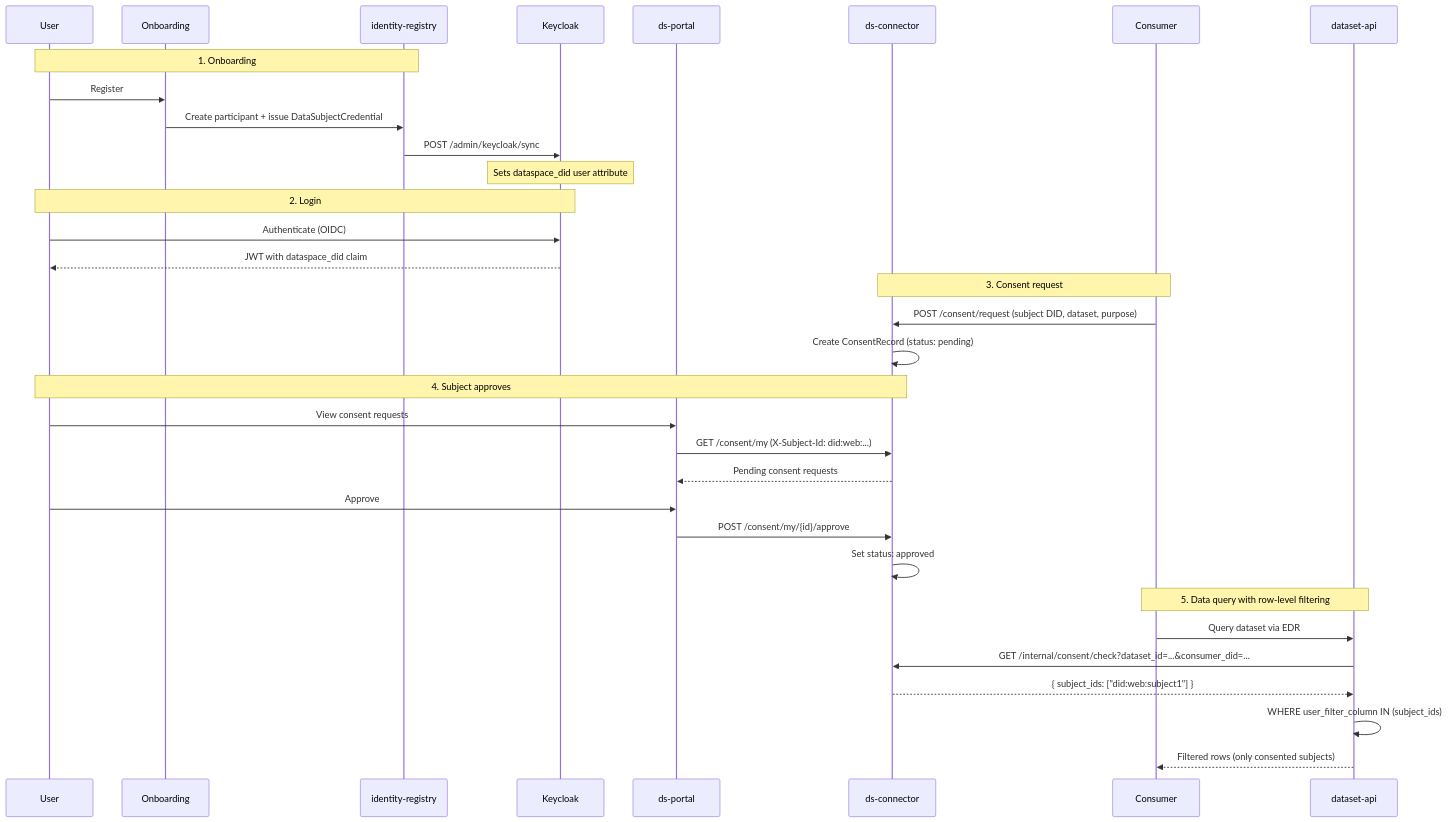
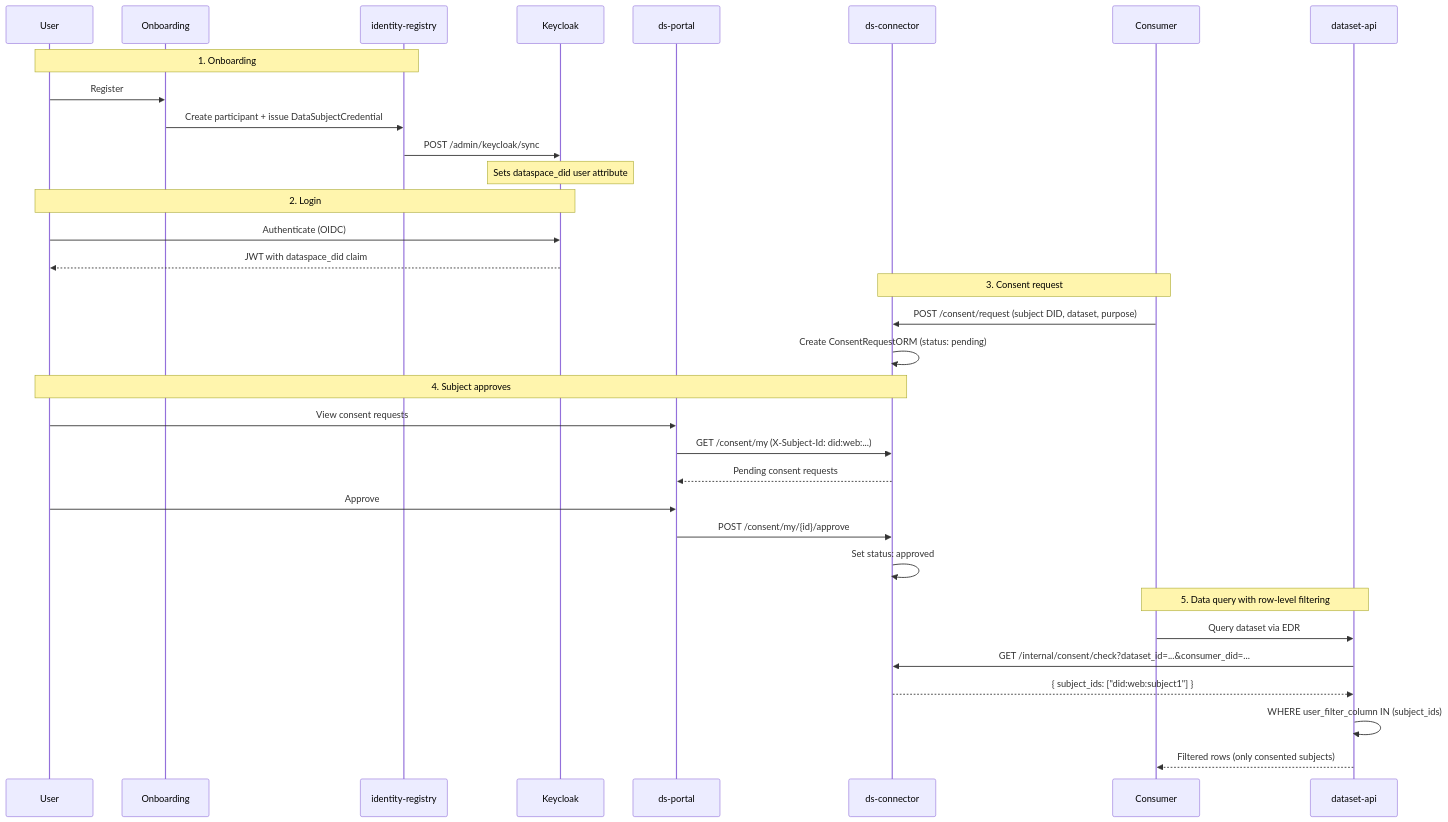
One commit to spindoxlabs/ds changed the diagram in docs/consent-and-sovereignty.md. Above: the diagram before and after it, drawn with Mermaid. The commit also changed other lines of this file and 16 other files, not shown here.

````diff
--- a/docs/consent-and-sovereignty.md
+++ b/docs/consent-and-sovereignty.md
@@ -196,40 +196,40 @@
 ```mermaid
 sequenceDiagram
     participant User
     participant Onboarding
     participant IR as identity-registry
     participant KC as Keycloak
     participant Portal as ds-portal
     participant Conn as ds-connector
     participant Consumer
     participant DA as dataset-api
 
     Note over User,IR: 1. Onboarding
     User->>Onboarding: Register
     Onboarding->>IR: Create participant + issue DataSubjectCredential
     IR->>KC: POST /admin/keycloak/sync
     Note over KC: Sets dataspace_did user attribute
 
     Note over User,KC: 2. Login
     User->>KC: Authenticate (OIDC)
     KC-->>User: JWT with dataspace_did claim
 
     Note over Consumer,Conn: 3. Consent request
     Consumer->>Conn: POST /consent/request (subject DID, dataset, purpose)
-    Conn->>Conn: Create ConsentRecord (status: pending)
+    Conn->>Conn: Create ConsentRequestORM (status: pending)
 
     Note over User,Conn: 4. Subject approves
     User->>Portal: View consent requests
     Portal->>Conn: GET /consent/my (X-Subject-Id: did:web:...)
     Conn-->>Portal: Pending consent requests
     User->>Portal: Approve
     Portal->>Conn: POST /consent/my/{id}/approve
     Conn->>Conn: Set status: approved
 
     Note over Consumer,DA: 5. Data query with row-level filtering
     Consumer->>DA: Query dataset via EDR
     DA->>Conn: GET /internal/consent/check?dataset_id=...&consumer_did=...
     Conn-->>DA: { subject_ids: ["did:web:subject1"] }
     DA->>DA: WHERE user_filter_column IN (subject_ids)
     DA-->>Consumer: Filtered rows (only consented subjects)
 ```
````
